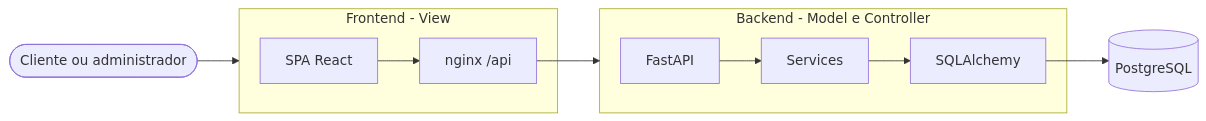
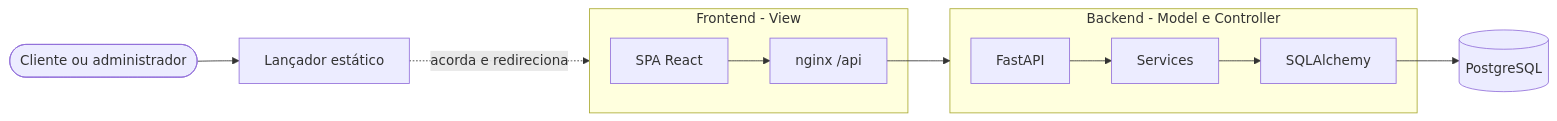
The first of 2 diagrams in docs/ARCHITECTURE.md (jsrwell/pit), drawn with Mermaid before and after one commit. The commit also changed other lines of this file and 23 other files, not shown here.

````diff
--- a/docs/ARCHITECTURE.md
+++ b/docs/ARCHITECTURE.md
@@ -7,12 +7,12 @@
 ```mermaid
 flowchart LR
-    user([Cliente ou administrador]) --> frontend
+    user([Cliente ou administrador]) --> launcher[Lançador estático] -. acorda e redireciona .-> frontend
     subgraph frontend [Frontend - View]
         spa[SPA React] --> proxy[nginx /api]
     end
     proxy --> backend
     subgraph backend [Backend - Model e Controller]
         api[FastAPI] --> services[Services] --> orm[SQLAlchemy]
     end
     orm --> database[(PostgreSQL)]
 ```
````
